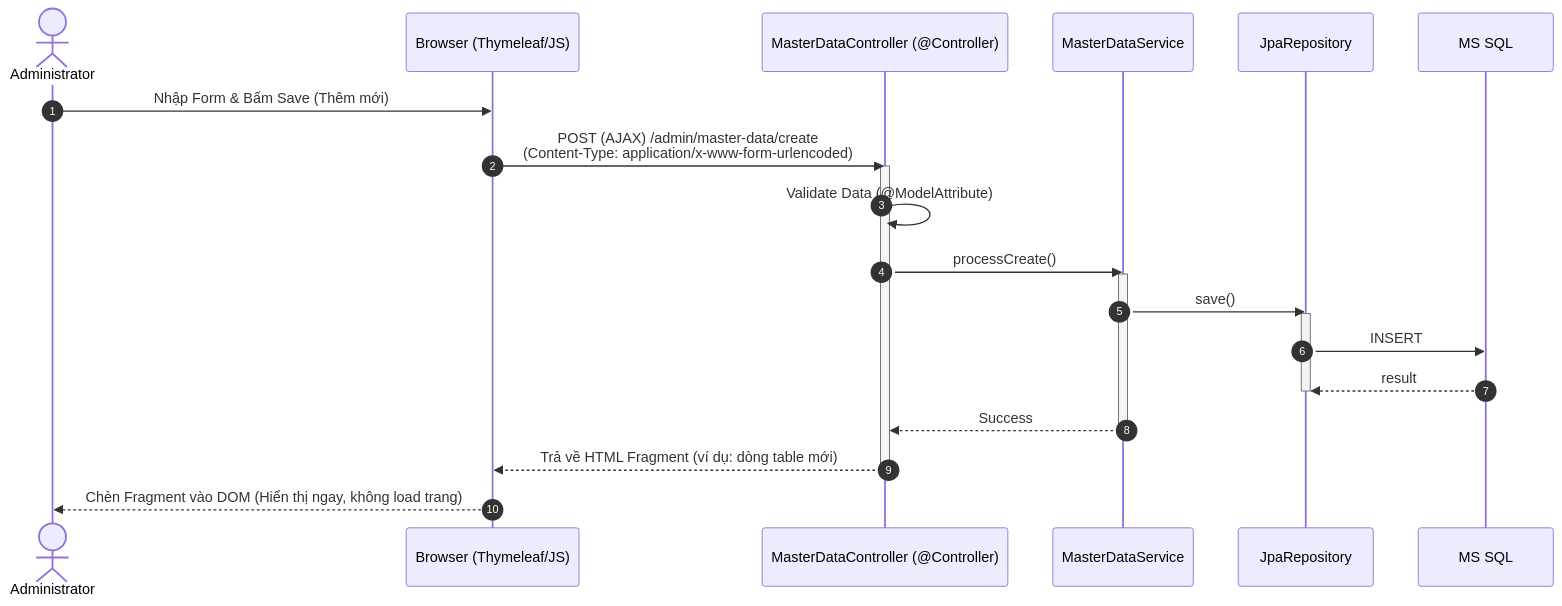
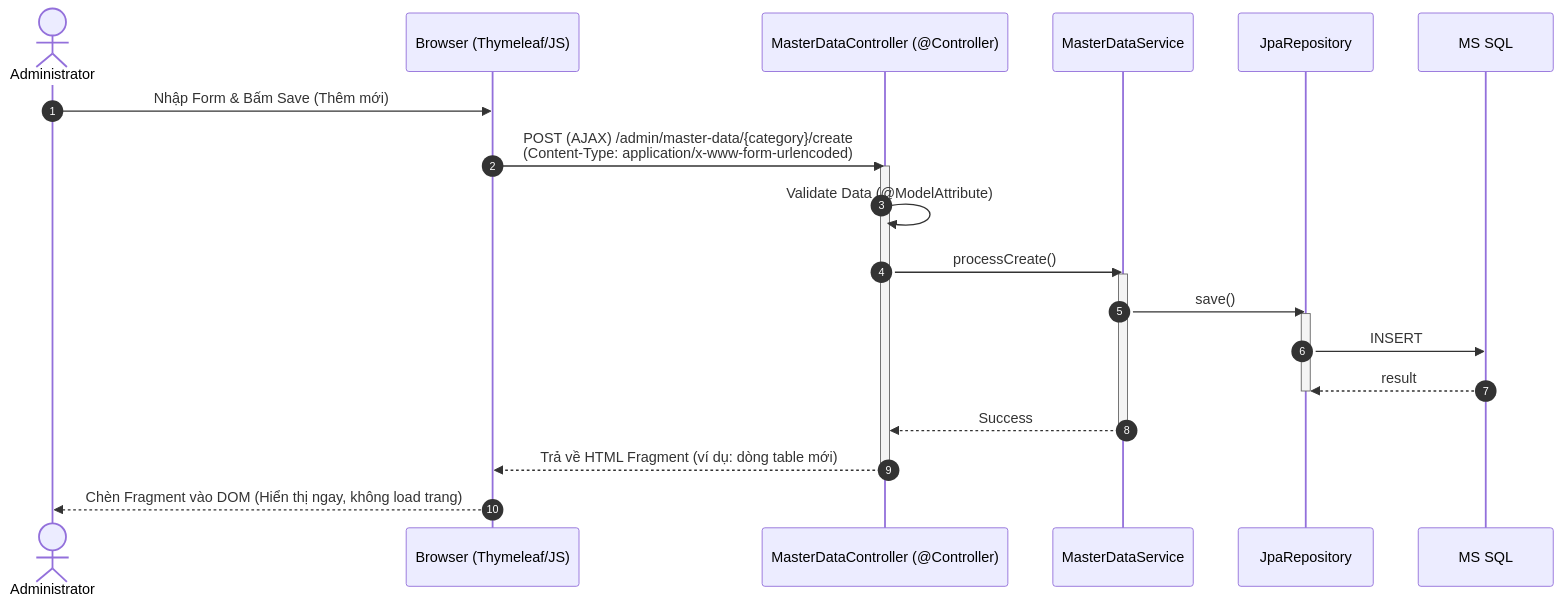
Before and after one commit to danhdac36/xoai-aura-retreat: the second of 2 diagrams in 04_Implement/Module1/UC04_Implementation.md, drawn with Mermaid. The commit also changed other lines of this file and 36 other files, not shown here.

````diff
--- a/04_Implement/Module1/UC04_Implementation.md
+++ b/04_Implement/Module1/UC04_Implementation.md
@@ -211,27 +207,27 @@
 ```mermaid
 sequenceDiagram
     autonumber
     actor Admin as Administrator
     participant Browser as Browser (Thymeleaf/JS)
     participant Controller as MasterDataController (@Controller)
     participant Service as MasterDataService
     participant Repo as JpaRepository
     participant DB as MS SQL
 
     Admin->>Browser: Nhập Form & Bấm Save (Thêm mới)
-    Browser->>Controller: POST (AJAX) /admin/master-data/create<br/>(Content-Type: application/x-www-form-urlencoded)
+    Browser->>Controller: POST (AJAX) /admin/master-data/{category}/create<br/>(Content-Type: application/x-www-form-urlencoded)
     activate Controller
     Controller->>Controller: Validate Data (@ModelAttribute)
     Controller->>Service: processCreate()
     activate Service
     Service->>Repo: save()
     activate Repo
     Repo->>DB: INSERT
     DB-->>Repo: result
     deactivate Repo
     Service-->>Controller: Success
     deactivate Service
     Controller-->>Browser: Trả về HTML Fragment (ví dụ: dòng table mới)
     deactivate Controller
     Browser-->>Admin: Chèn Fragment vào DOM (Hiển thị ngay, không load trang)
 ```
````
